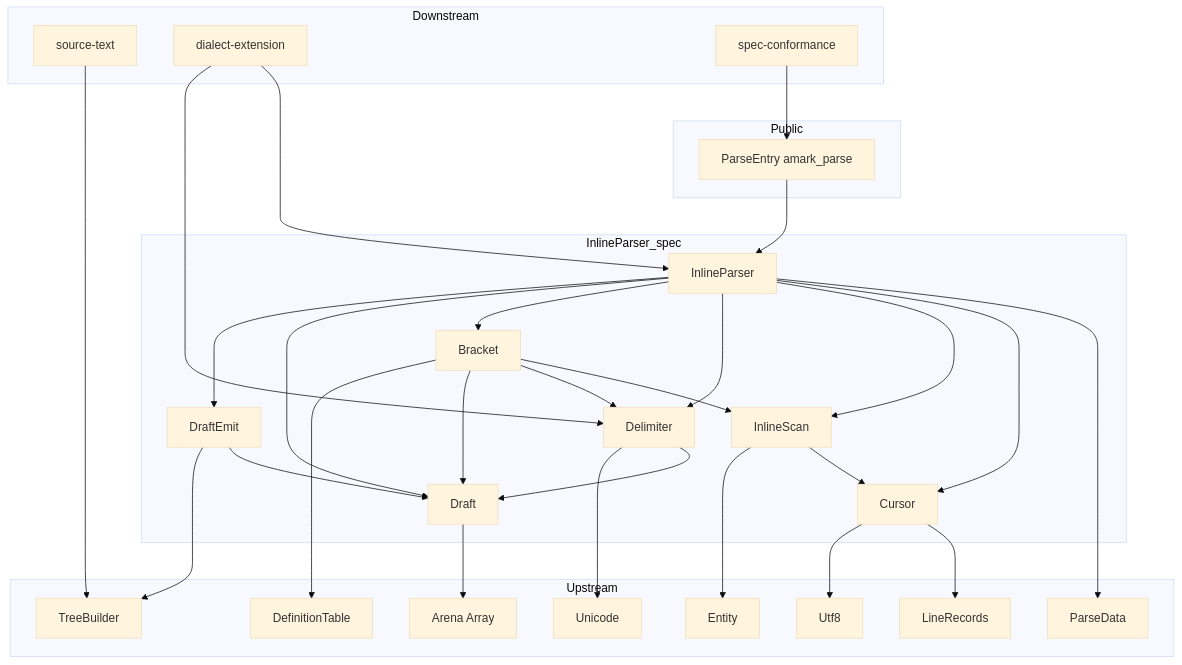
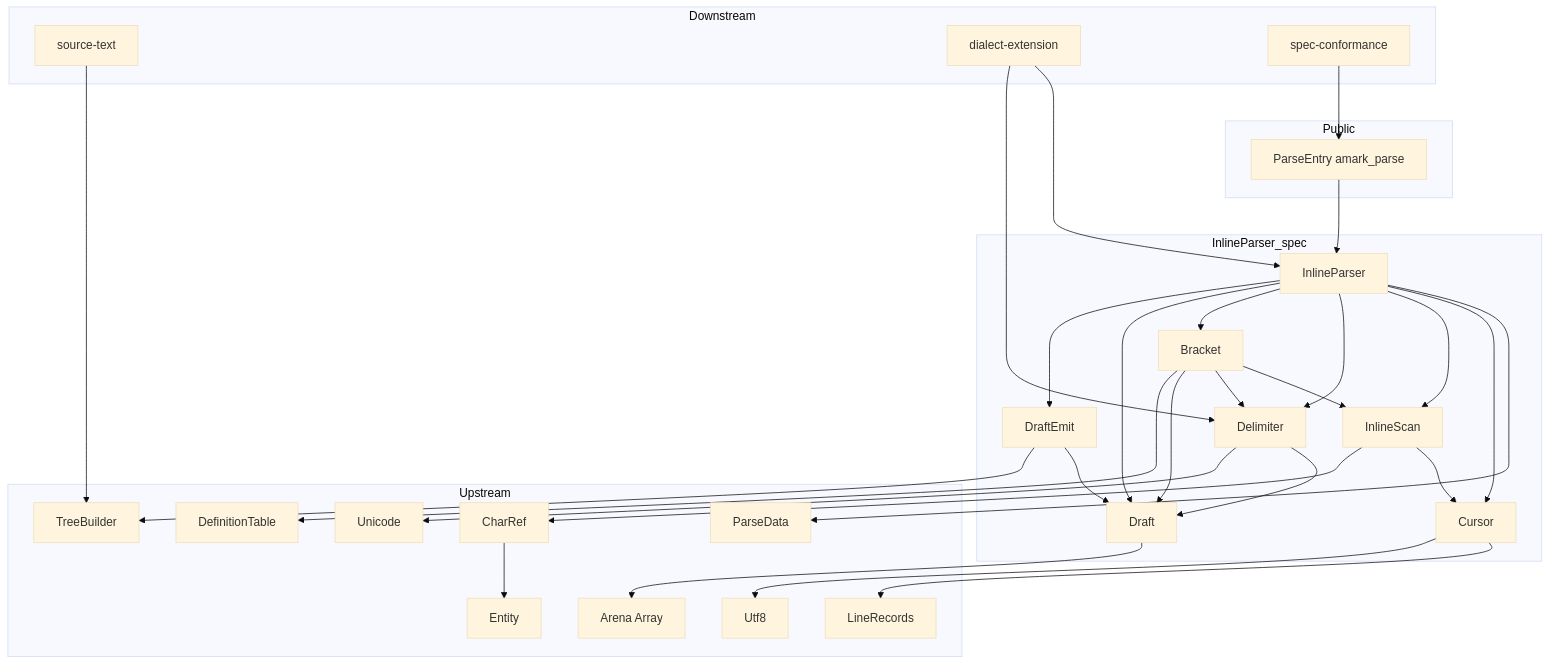
The first of 3 diagrams in .kiro/specs/inline-parser/design.md (ktdevx/amark-private), drawn with Mermaid (base theme) before and after one commit. The commit also changed other lines of this file and 3 other files, not shown here.

````diff
--- a/.kiro/specs/inline-parser/design.md
+++ b/.kiro/specs/inline-parser/design.md
@@ -85,55 +85,57 @@
 ```mermaid
 graph TB
     subgraph Public
         ParseEntry[ParseEntry amark_parse]
     end
     subgraph InlineParser_spec
         InlineParser[InlineParser]
         Bracket[Bracket]
         Delimiter[Delimiter]
         InlineScan[InlineScan]
         Cursor[Cursor]
         Draft[Draft]
         DraftEmit[DraftEmit]
     end
     subgraph Upstream
         ParseData[ParseData]
         LineRecords[LineRecords]
         DefinitionTable[DefinitionTable]
         TreeBuilder[TreeBuilder]
         Unicode[Unicode]
+        CharRef[CharRef]
         Entity[Entity]
         Utf8[Utf8]
         Parts[Arena Array]
     end
     subgraph Downstream
         SourceText[source-text]
         Dialect[dialect-extension]
         Conformance[spec-conformance]
     end
     ParseEntry --> InlineParser
     InlineParser --> ParseData
     InlineParser --> Cursor
     InlineParser --> InlineScan
     InlineParser --> Delimiter
     InlineParser --> Bracket
     InlineParser --> Draft
     InlineParser --> DraftEmit
     Bracket --> InlineScan
     Bracket --> Delimiter
     Bracket --> Draft
     Bracket --> DefinitionTable
     Delimiter --> Draft
     Delimiter --> Unicode
     InlineScan --> Cursor
-    InlineScan --> Entity
+    InlineScan --> CharRef
+    CharRef --> Entity
     Cursor --> LineRecords
     Cursor --> Utf8
     DraftEmit --> Draft
     DraftEmit --> TreeBuilder
     Draft --> Parts
     Dialect --> InlineParser
     Dialect --> Delimiter
     SourceText --> TreeBuilder
     Conformance --> ParseEntry
 ```
````
